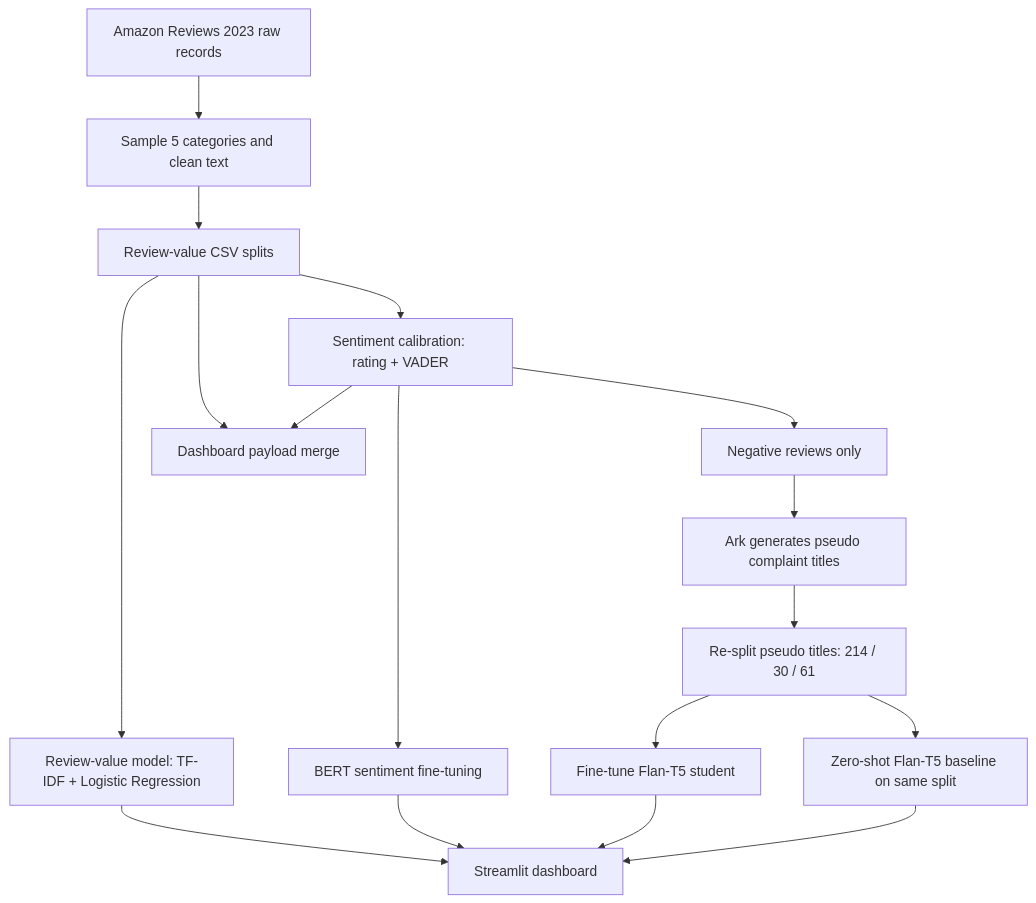
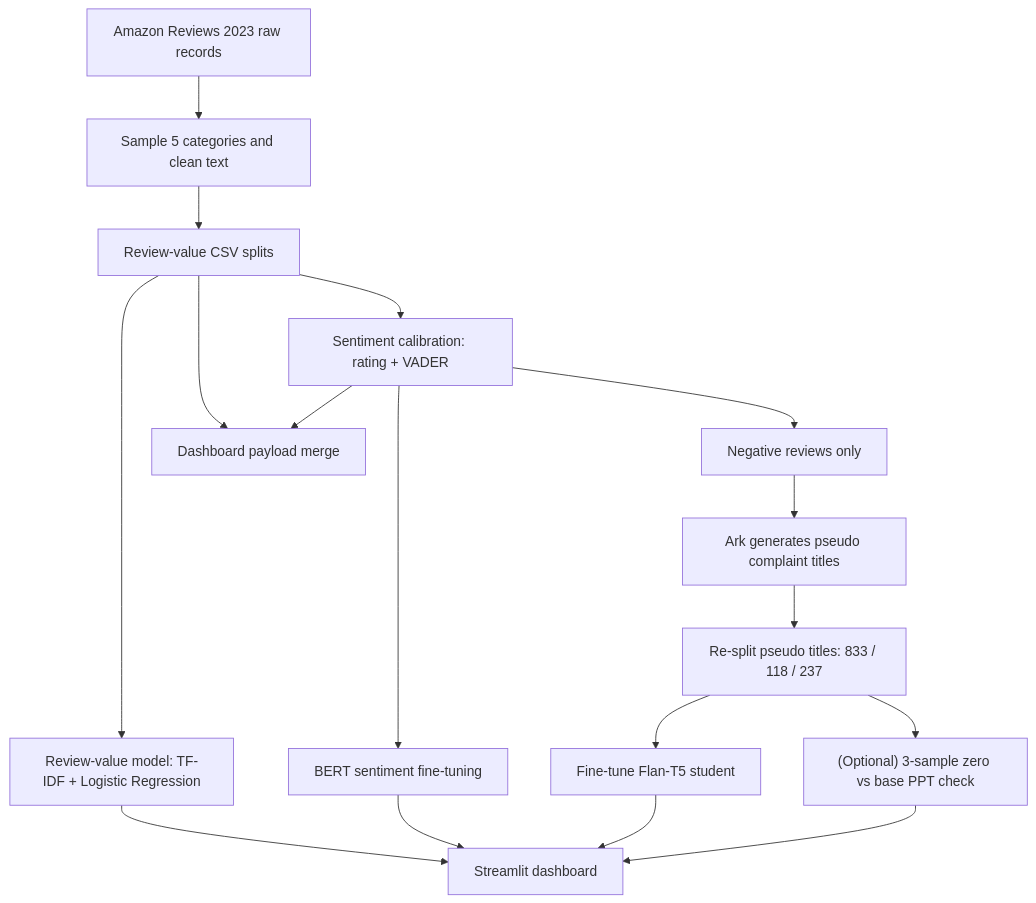
One commit to mrzhao11/Review_Insight_System-ISY5004-Group14 changed the diagram in PROJECT_PIPELINE.md. Above: the diagram before and after it, drawn with Mermaid. The commit also changed other lines of this file and 4 other files, not shown here.

Commit message:
feat: add 3-sample zero-vs-base comparison workflow

````diff
--- a/PROJECT_PIPELINE.md
+++ b/PROJECT_PIPELINE.md
@@ -121,19 +121,19 @@
 ```mermaid
 flowchart TD
     A["Amazon Reviews 2023 raw records"] --> B["Sample 5 categories and clean text"]
     B --> C["Review-value CSV splits"]
     C --> D["Review-value model: TF-IDF + Logistic Regression"]
     C --> E["Sentiment calibration: rating + VADER"]
     E --> F["BERT sentiment fine-tuning"]
     E --> G["Negative reviews only"]
     G --> H["Ark generates pseudo complaint titles"]
-    H --> I["Re-split pseudo titles: 214 / 30 / 61"]
+    H --> I["Re-split pseudo titles: 833 / 118 / 237"]
     I --> J["Fine-tune Flan-T5 student"]
-    I --> K["Zero-shot Flan-T5 baseline on same split"]
+    I --> K["(Optional) 3-sample zero vs base PPT check"]
     C --> L["Dashboard payload merge"]
     E --> L
     D --> M["Streamlit dashboard"]
     F --> M
     J --> M
     K --> M
 ```
````
